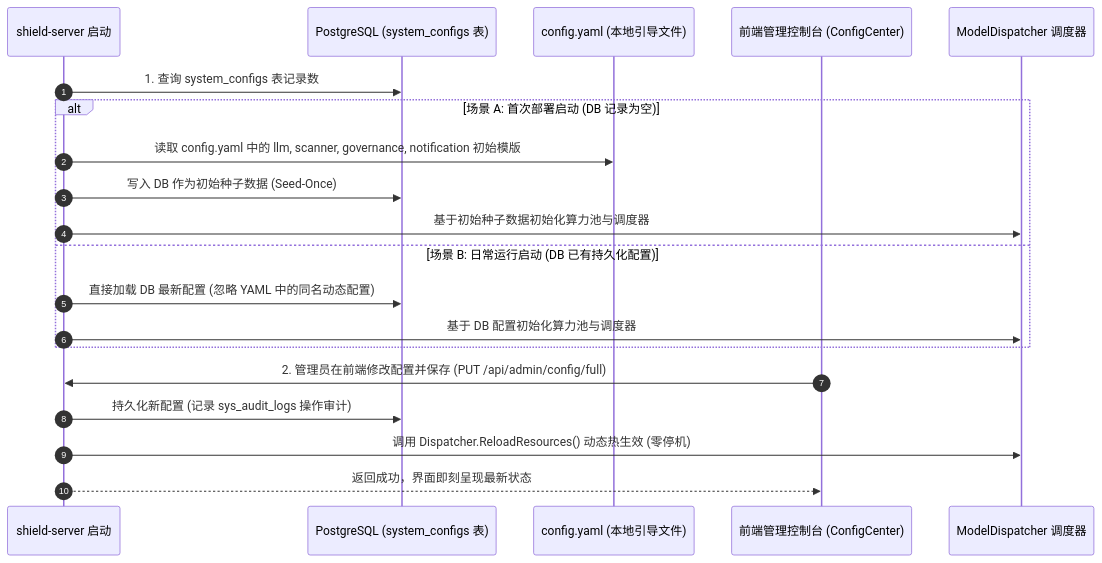
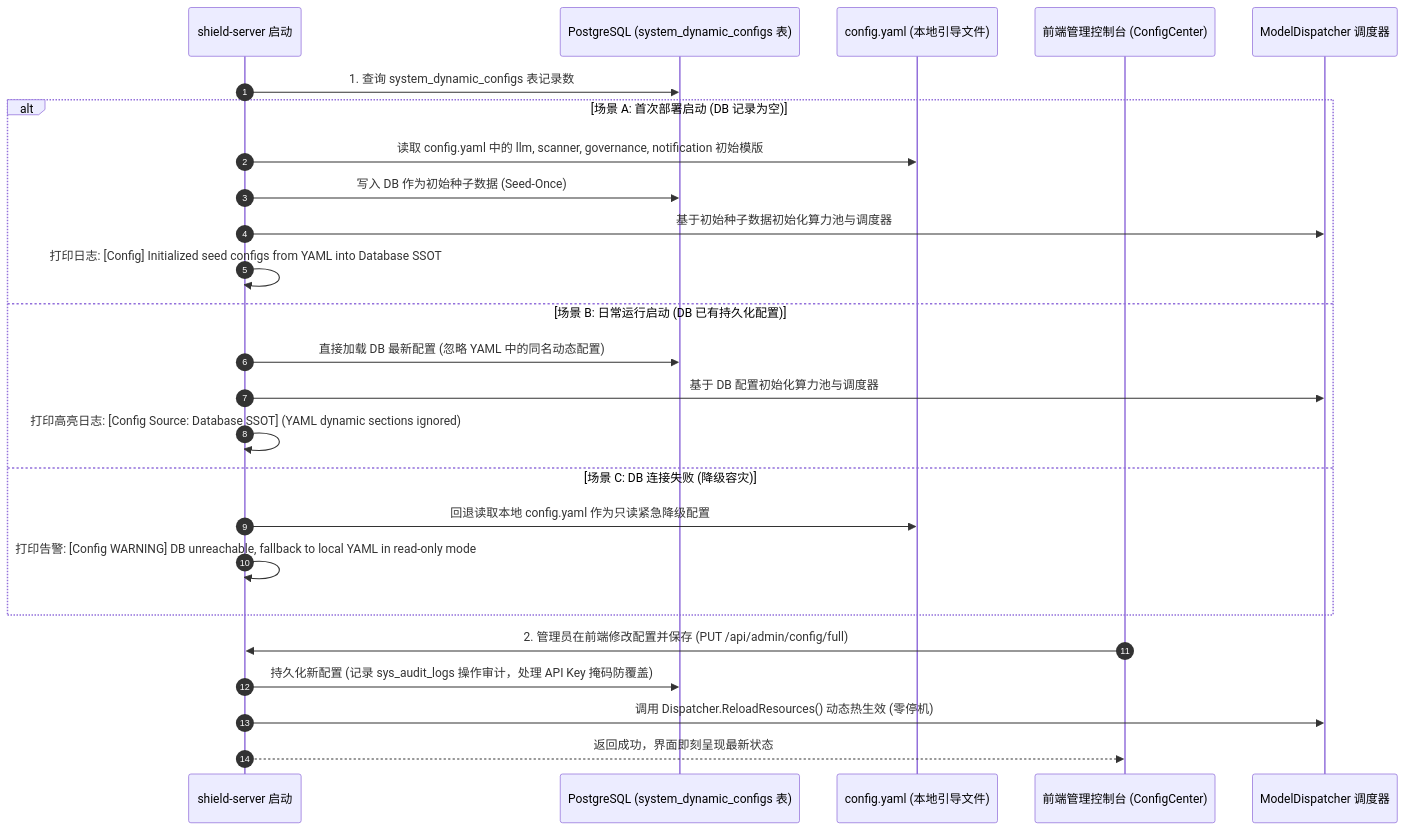
One commit to fugui/code-shield changed the second of 4 diagrams in docs/native-llm-architecture/02-CodeShield-AI执行引擎与企业治理配置架构优化设计.md. Above: the diagram before and after it, drawn with Mermaid. The commit also changed other lines of this file, not shown here.

Commit message:
docs: 全面完善设计文档，补充Go内存结构体、API Key防覆盖与风险防御矩阵

````diff
--- a/docs/native-llm-architecture/02-CodeShield-AI执行引擎与企业治理配置架构优化设计.md
+++ b/docs/native-llm-architecture/02-CodeShield-AI执行引擎与企业治理配置架构优化设计.md
@@ -76,24 +76,29 @@
 ```mermaid
 sequenceDiagram
     autonumber
     participant Server as shield-server 启动
-    participant DB as PostgreSQL (system_configs 表)
+    participant DB as PostgreSQL (system_dynamic_configs 表)
     participant YAML as config.yaml (本地引导文件)
     participant AdminUI as 前端管理控制台 (ConfigCenter)
     participant Dispatcher as ModelDispatcher 调度器
 
-    Server->>DB: 1. 查询 system_configs 表记录数
+    Server->>DB: 1. 查询 system_dynamic_configs 表记录数
     alt 场景 A: 首次部署启动 (DB 记录为空)
         Server->>YAML: 读取 config.yaml 中的 llm, scanner, governance, notification 初始模版
         Server->>DB: 写入 DB 作为初始种子数据 (Seed-Once)
         Server->>Dispatcher: 基于初始种子数据初始化算力池与调度器
+        Server->>Server: 打印日志: [Config] Initialized seed configs from YAML into Database SSOT
     else 场景 B: 日常运行启动 (DB 已有持久化配置)
         Server->>DB: 直接加载 DB 最新配置 (忽略 YAML 中的同名动态配置)
         Server->>Dispatcher: 基于 DB 配置初始化算力池与调度器
+        Server->>Server: 打印高亮日志: [Config Source: Database SSOT] (YAML dynamic sections ignored)
+    else 场景 C: DB 连接失败 (降级容灾)
+        Server->>YAML: 回退读取本地 config.yaml 作为只读紧急降级配置
+        Server->>Server: 打印告警: [Config WARNING] DB unreachable, fallback to local YAML in read-only mode
     end
 
     AdminUI->>Server: 2. 管理员在前端修改配置并保存 (PUT /api/admin/config/full)
-    Server->>DB: 持久化新配置 (记录 sys_audit_logs 操作审计)
+    Server->>DB: 持久化新配置 (记录 sys_audit_logs 操作审计，处理 API Key 掩码防覆盖)
     Server->>Dispatcher: 调用 Dispatcher.ReloadResources() 动态热生效 (零停机)
     Server-->>AdminUI: 返回成功，界面即刻呈现最新状态
 ```
````
